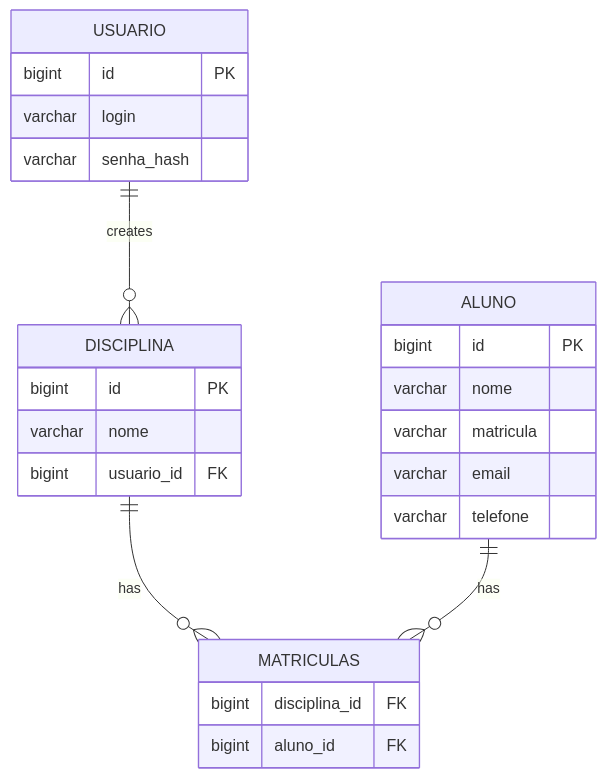
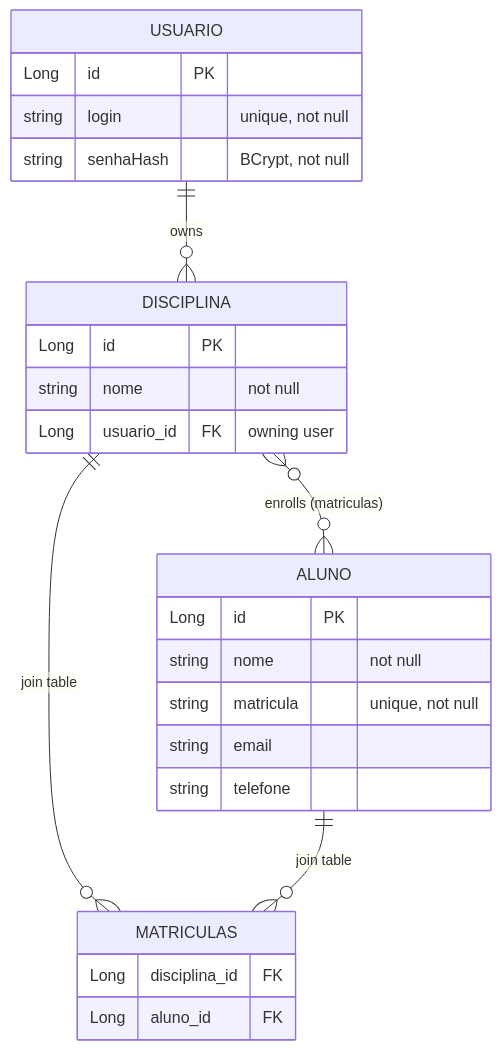
Before and after one commit to VictorHJesusSantiago/DualListHibernate: the third of 6 diagrams in README.md, drawn with Mermaid. The commit also changed other lines of this file and 4 other files, not shown here.

````diff
--- a/README.md
+++ b/README.md
@@ -395,28 +540,33 @@
 ```mermaid
 erDiagram
-    USUARIO ||--o{ DISCIPLINA : creates
-    DISCIPLINA ||--o{ MATRICULAS : has
-    ALUNO ||--o{ MATRICULAS : has
+    USUARIO ||--o{ DISCIPLINA : "owns"
+    DISCIPLINA }o--o{ ALUNO : "enrolls (matriculas)"
 
     USUARIO {
-      bigint id PK
-      varchar login
-      varchar senha_hash
+        Long id PK
+        string login "unique, not null"
+        string senhaHash "BCrypt, not null"
     }
+
     DISCIPLINA {
-      bigint id PK
-      varchar nome
-      bigint usuario_id FK
+        Long id PK
+        string nome "not null"
+        Long usuario_id FK "owning user"
     }
+
     ALUNO {
-      bigint id PK
-      varchar nome
-      varchar matricula
-      varchar email
-      varchar telefone
+        Long id PK
+        string nome "not null"
+        string matricula "unique, not null"
+        string email
+        string telefone
     }
+
     MATRICULAS {
-      bigint disciplina_id FK
-      bigint aluno_id FK
+        Long disciplina_id FK
+        Long aluno_id FK
     }
+
+    DISCIPLINA ||--o{ MATRICULAS : "join table"
+    ALUNO ||--o{ MATRICULAS : "join table"
 ```
````
